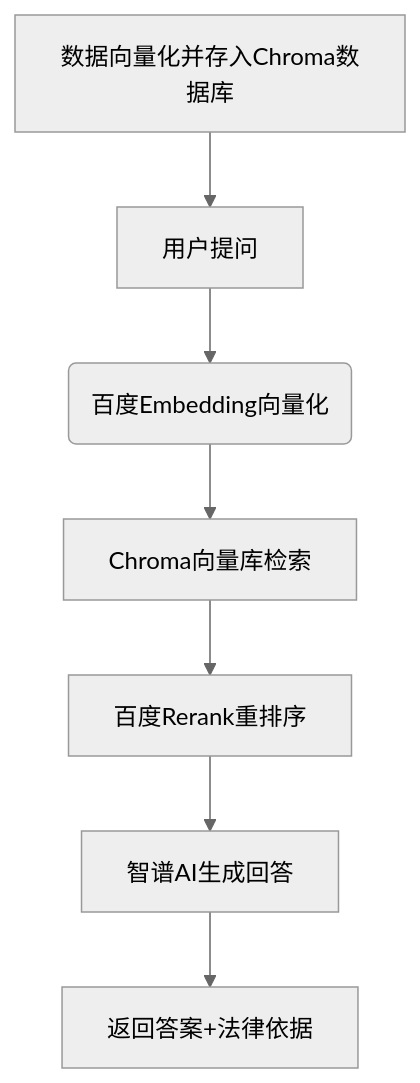
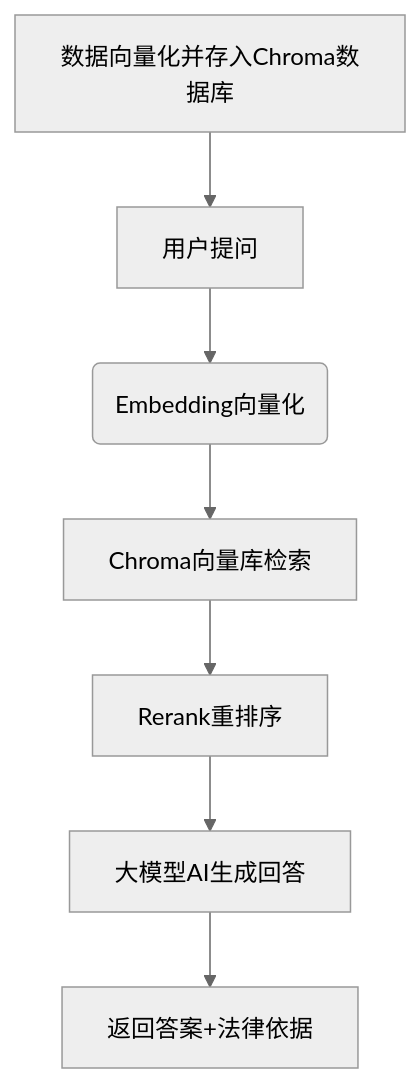
The diagram in README.md (joecheng521/LaborGuard), drawn with Mermaid (neutral theme) before and after one commit. The commit also changed other lines of this file, not shown here.

````diff
--- a/README.md
+++ b/README.md
@@ -37,9 +37,9 @@
 ```mermaid
 graph TD
     数据向量化并存入Chroma数据库 --> A
-    A[用户提问] --> B(百度Embedding向量化)
+    A[用户提问] --> B(Embedding向量化)
     B --> C[Chroma向量库检索]
-    C --> D[百度Rerank重排序]
-    D --> E[智谱AI生成回答]
+    C --> D[Rerank重排序]
+    D --> E[大模型AI生成回答]
     E --> F[返回答案+法律依据]
 ```
````
